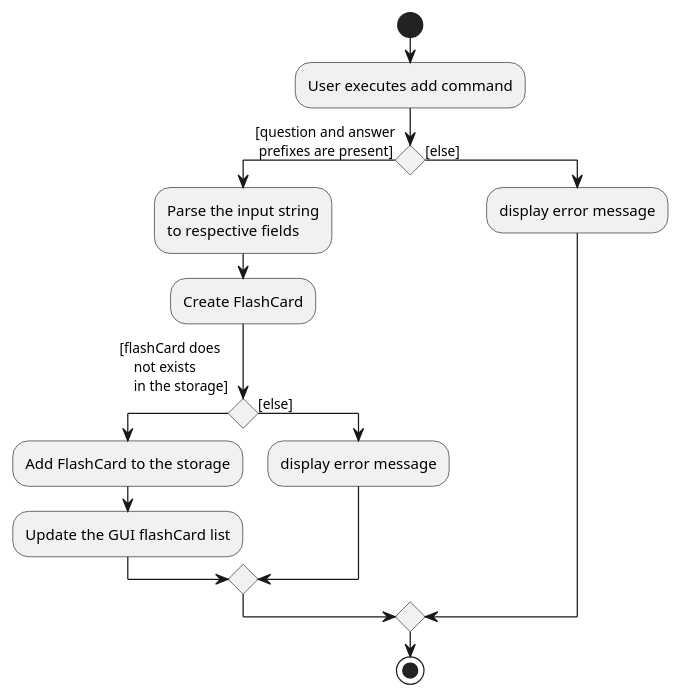
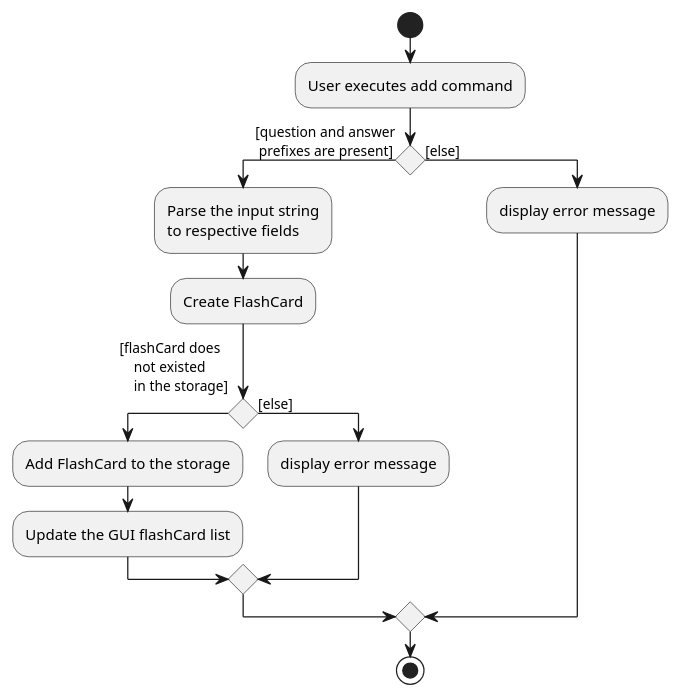
The diagram in docs/diagrams/AddActivityDiagram.puml (nus-cs2103-AY1920S1/addressbook-level3), drawn with PlantUML before and after one commit. The commit also changed 17 other files, not shown here.

Commit message:
- Update diagrams

```diff
--- a/docs/diagrams/AddActivityDiagram.puml
+++ b/docs/diagrams/AddActivityDiagram.puml
@@ -1,26 +1,26 @@
 @startuml
 start
 :User executes add command;
 
 'Since the beta syntax does not support placing the condition outside the
 'diamond we place it as the true branch instead.
 
 if () then ([question and answer
  prefixes are present])
     :Parse the input string
     to respective fields;
     :Create FlashCard;
     if () then([flashCard does
-    not exists
+    not existed
     in the storage]
     )
       :Add FlashCard to the storage;
       :Update the GUI flashCard list;
     else ([else])
       :display error message;
     endif
 else ([else])
   :display error message;
 endif
 stop
 @enduml
```
